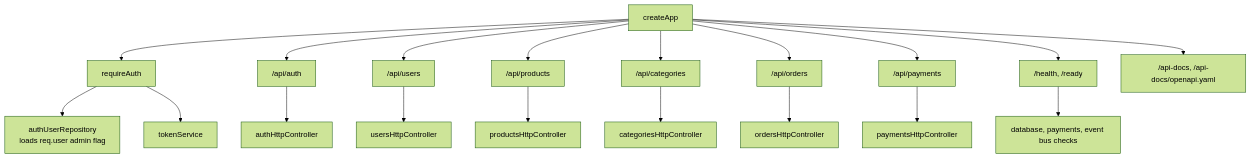
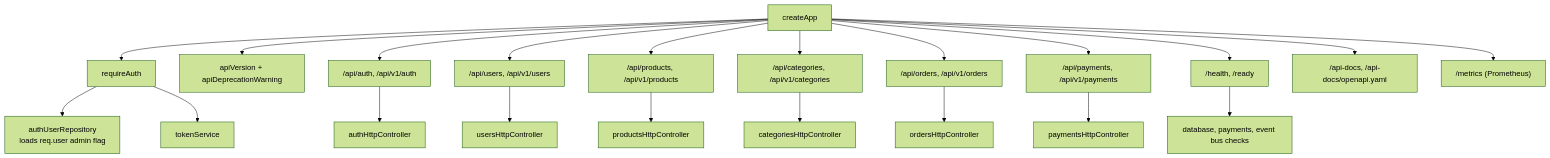
The sixth of 8 diagrams in docs/architecture/backend-dependency-graph.md (ousaro/OsaroTechStore), drawn with Mermaid (forest theme) before and after one commit. The commit also changed other lines of this file and 60 other files, not shown here.

````diff
--- a/docs/architecture/backend-dependency-graph.md
+++ b/docs/architecture/backend-dependency-graph.md
@@ -153,23 +176,26 @@
 ```mermaid
 flowchart TD
   App["createApp"] --> RequireAuth["requireAuth"]
   RequireAuth --> AuthRepo["authUserRepository\nloads req.user admin flag"]
   RequireAuth --> TokenService["tokenService"]
 
-  App --> AuthRoutes["/api/auth"]
-  App --> UsersRoutes["/api/users"]
-  App --> ProductsRoutes["/api/products"]
-  App --> CategoriesRoutes["/api/categories"]
-  App --> OrdersRoutes["/api/orders"]
-  App --> PaymentsRoutes["/api/payments"]
+  App --> Versioning["apiVersion + apiDeprecationWarning"]
+
+  App --> AuthRoutes["/api/auth, /api/v1/auth"]
+  App --> UsersRoutes["/api/users, /api/v1/users"]
+  App --> ProductsRoutes["/api/products, /api/v1/products"]
+  App --> CategoriesRoutes["/api/categories, /api/v1/categories"]
+  App --> OrdersRoutes["/api/orders, /api/v1/orders"]
+  App --> PaymentsRoutes["/api/payments, /api/v1/payments"]
   App --> HealthRoutes["/health, /ready"]
   App --> OpenApiDocs["/api-docs, /api-docs/openapi.yaml"]
+  App --> Metrics["/metrics (Prometheus)"]
 
   AuthRoutes --> AuthController["authHttpController"]
   UsersRoutes --> UsersController["usersHttpController"]
   ProductsRoutes --> ProductsController["productsHttpController"]
   CategoriesRoutes --> CategoriesController["categoriesHttpController"]
   OrdersRoutes --> OrdersController["ordersHttpController"]
   PaymentsRoutes --> PaymentsController["paymentsHttpController"]
   HealthRoutes --> HealthChecks["database, payments, event bus checks"]
 ```
````
